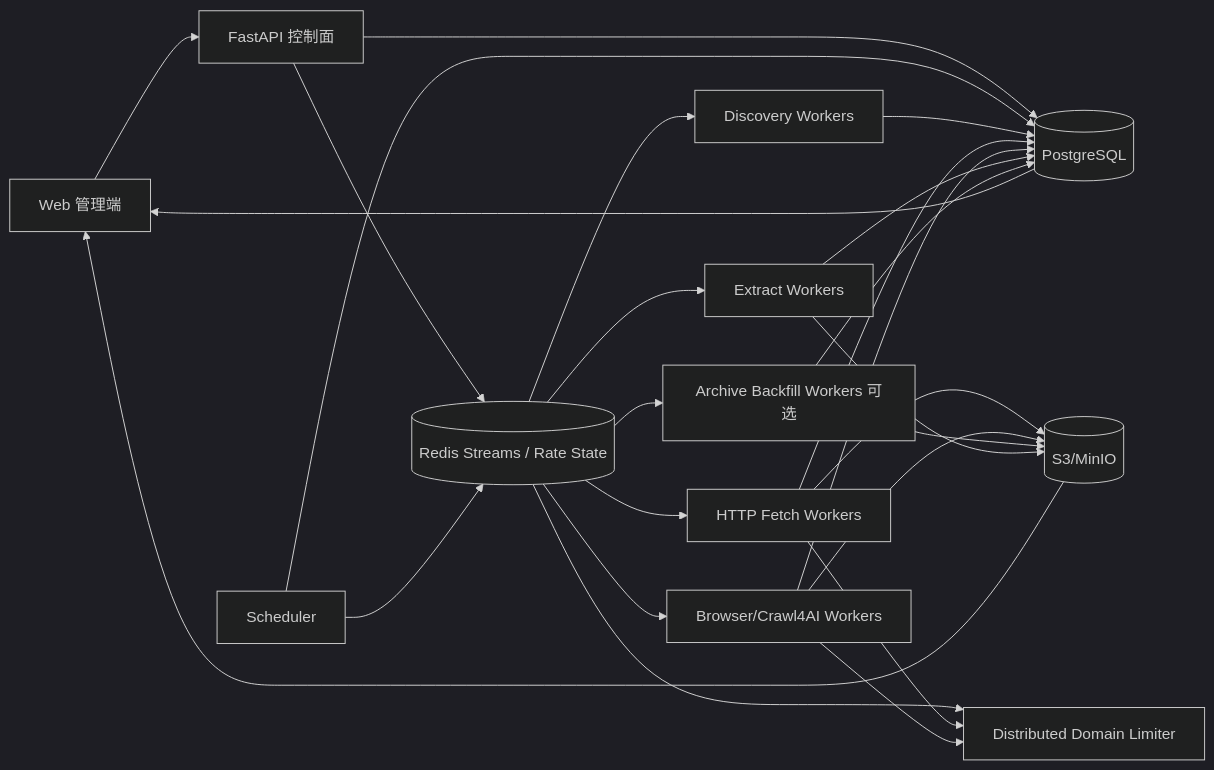
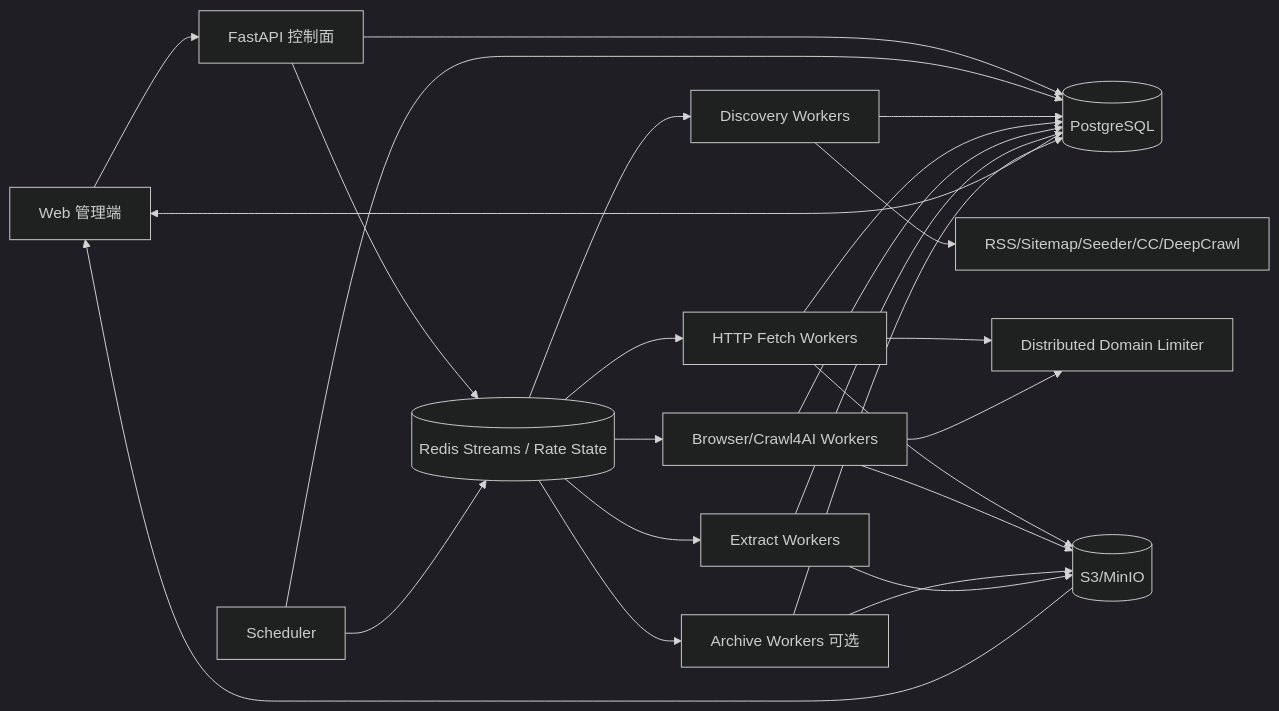
One commit to WorkerXu/my-doc changed the diagram in 博客知识库技术方案.md. Above: the diagram before and after it, drawn with Mermaid (dark theme). The commit also changed other lines of this file, not shown here.

Commit message:
docs: finalize scalable blog knowledge base architecture

````diff
--- a/博客知识库技术方案.md
+++ b/博客知识库技术方案.md
@@ -64,32 +49,33 @@
 ```mermaid
 flowchart LR
     UI[Web 管理端] --> API[FastAPI 控制面]
     API --> PG[(PostgreSQL)]
     API --> REDIS[(Redis Streams / Rate State)]
+
     SCHED[Scheduler] --> PG
     SCHED --> REDIS
 
     REDIS --> DISC[Discovery Workers]
     REDIS --> HF[HTTP Fetch Workers]
     REDIS --> BF[Browser/Crawl4AI Workers]
     REDIS --> EX[Extract Workers]
-    REDIS --> ARCH[Archive Backfill Workers 可选]
+    REDIS --> ARCH[Archive Workers 可选]
 
+    DISC --> PROVIDERS[RSS/Sitemap/Seeder/CC/DeepCrawl]
     DISC --> PG
+
+    HF --> LIMIT[Distributed Domain Limiter]
+    BF --> LIMIT
     HF --> S3[(S3/MinIO)]
     BF --> S3
     ARCH --> S3
     EX --> S3
 
     HF --> PG
     BF --> PG
     EX --> PG
     ARCH --> PG
 
-    REDIS --> LIMIT[Distributed Domain Limiter]
-    HF --> LIMIT
-    BF --> LIMIT
-
     PG --> UI
     S3 --> UI
 ```
````
